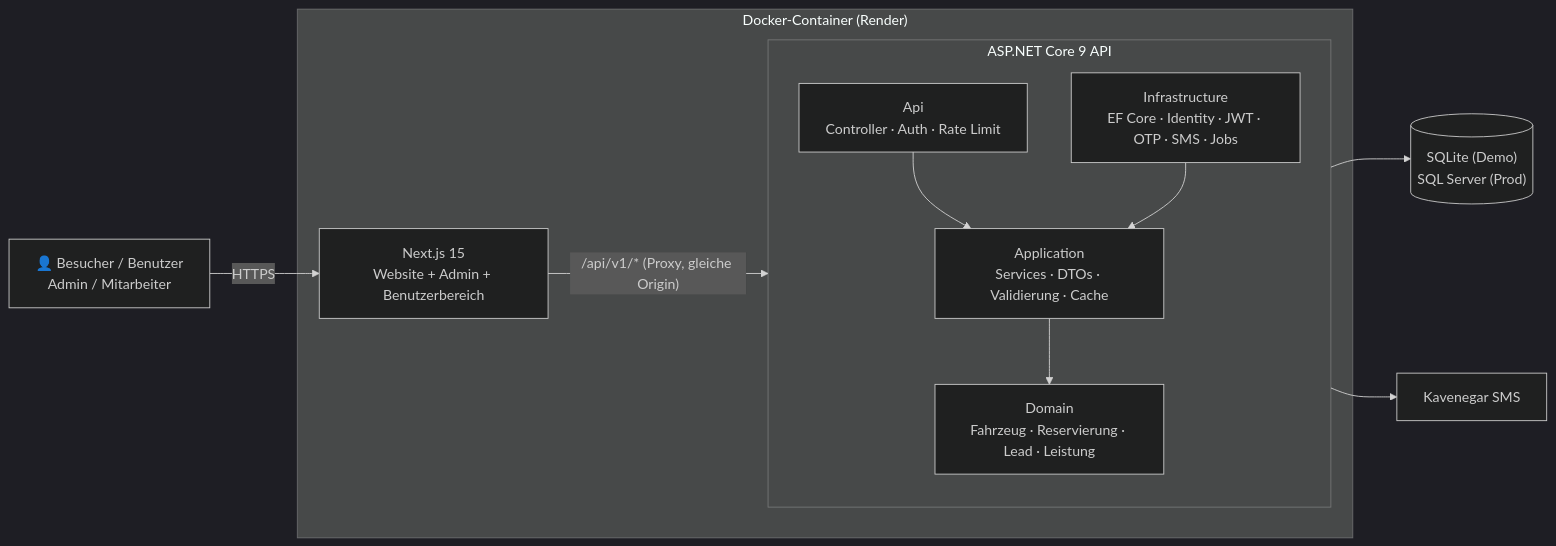
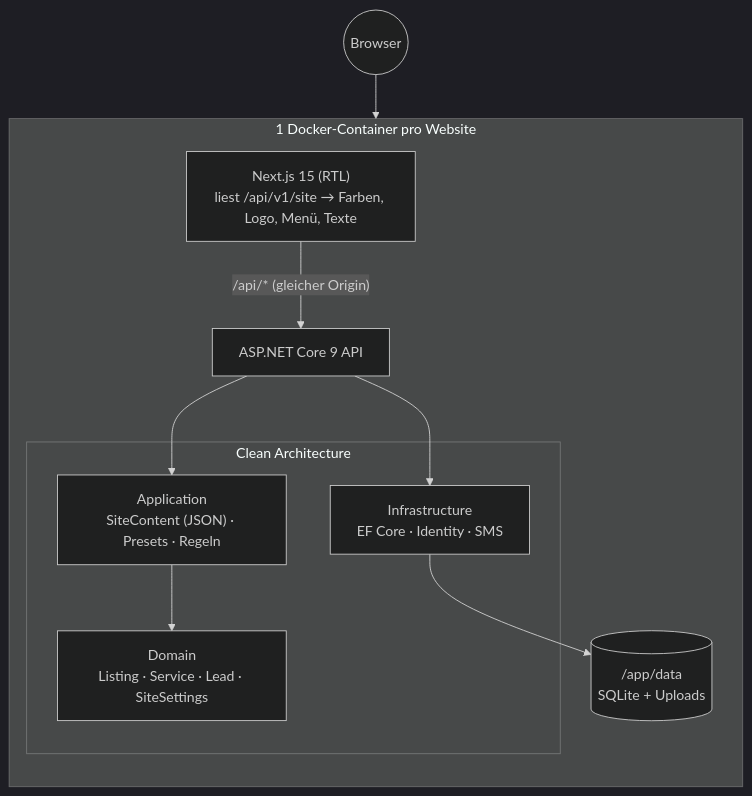
The second of 2 diagrams in README.md (amirafshar2/CarShop), drawn with Mermaid (dark theme) before and after one commit. The commit also changed other lines of this file and 259 other files, not shown here.

Commit message:
CarShop → SiteKit: Website-Baukasten mit Einrichtungs-Assistent

````diff
--- a/README.md
+++ b/README.md
@@ -73,21 +77,18 @@
 ```mermaid
-flowchart LR
-    U["👤 Besucher / Benutzer<br/>Admin / Mitarbeiter"] -->|HTTPS| W
-
-    subgraph C["Docker-Container (Render)"]
-        W["Next.js 15<br/>Website + Admin + Benutzerbereich"]
-        W -->|"/api/v1/* (Proxy, gleiche Origin)"| A
-        subgraph A["ASP.NET Core 9 API"]
-            direction TB
-            API["Api<br/>Controller · Auth · Rate Limit"]
-            APP["Application<br/>Services · DTOs · Validierung · Cache"]
-            DOM["Domain<br/>Fahrzeug · Reservierung · Lead · Leistung"]
-            INF["Infrastructure<br/>EF Core · Identity · JWT · OTP · SMS · Jobs"]
-            API --> APP --> DOM
-            INF --> APP
+flowchart TB
+    subgraph Container["1 Docker-Container pro Website"]
+        direction TB
+        WEB["Next.js 15 (RTL)<br/>liest /api/v1/site → Farben, Logo, Menü, Texte"]
+        API["ASP.NET Core 9 API"]
+        subgraph Clean["Clean Architecture"]
+            DOM["Domain<br/>Listing · Service · Lead · SiteSettings"]
+            APP["Application<br/>SiteContent (JSON) · Presets · Regeln"]
+            INF["Infrastructure<br/>EF Core · Identity · SMS"]
         end
+        DATA[("/app/data<br/>SQLite + Uploads")]
+        WEB -- "/api/* (gleicher Origin)" --> API
+        API --> APP --> DOM
+        API --> INF --> DATA
     end
-
-    INF --> DB[("SQLite (Demo)<br/>SQL Server (Prod)")]
-    INF --> SMS["Kavenegar SMS"]
+    Browser((Browser)) --> WEB
 ```
````
